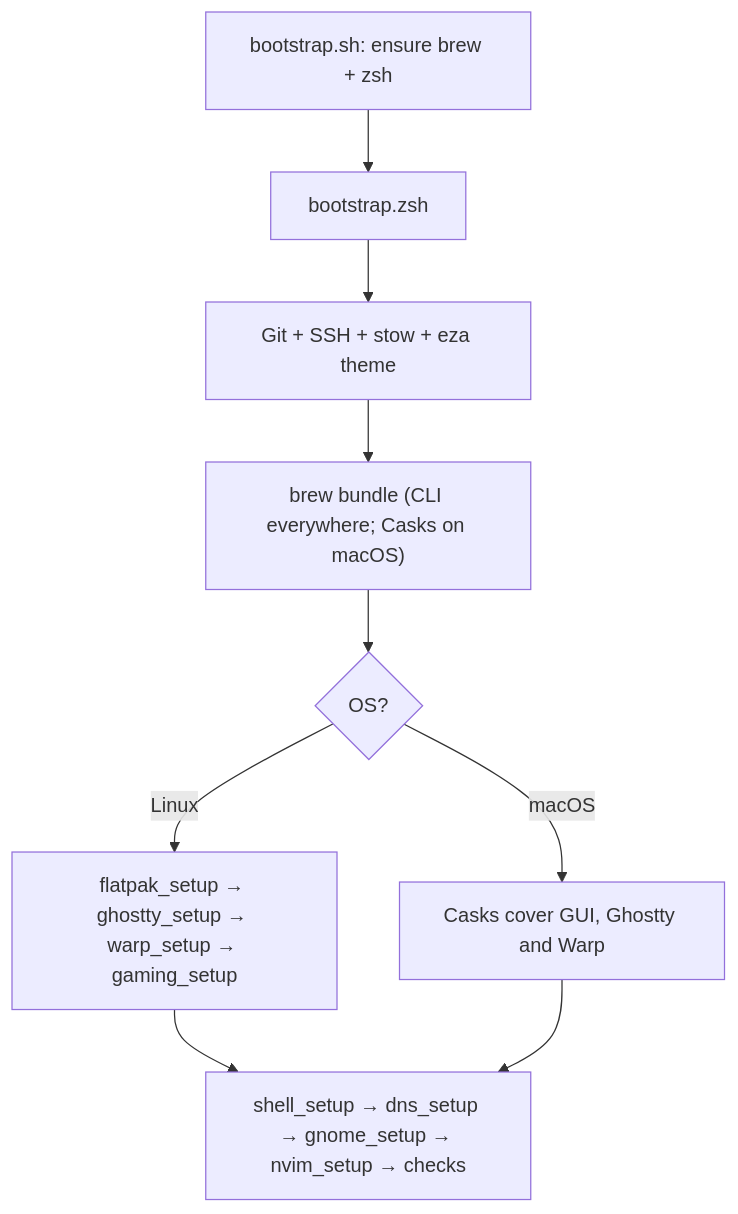
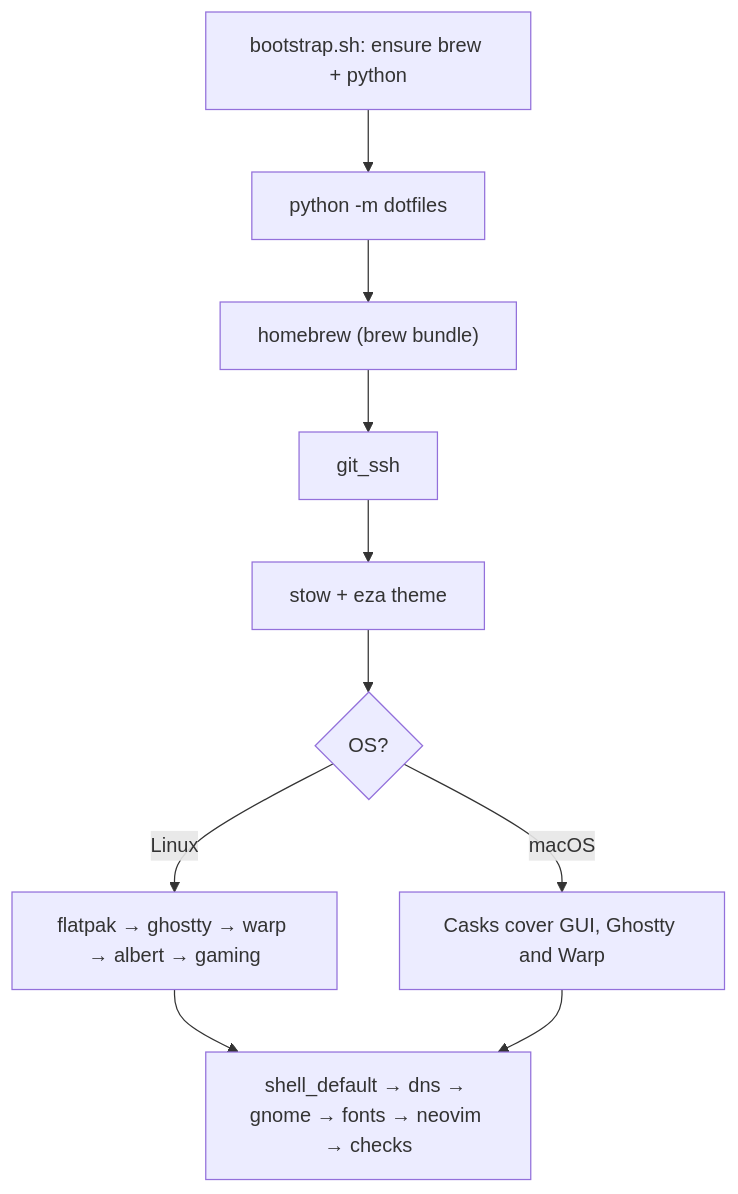
The diagram in readme.md (bourbonfgiles/dotfiles), drawn with Mermaid before and after one commit. The commit also changed other lines of this file and 48 other files, not shown here.

Commit message:
Convert bootstrap from zsh to a Python package

````diff
--- a/readme.md
+++ b/readme.md
@@ -51,11 +51,10 @@
 ```mermaid
 flowchart TD
-  S[bootstrap.sh: ensure brew + zsh] --> A[bootstrap.zsh]
-  A --> B[Git + SSH + stow + eza theme]
-  B --> C["brew bundle (CLI everywhere; Casks on macOS)"]
-  C --> D{OS?}
-  D -->|Linux| E[flatpak_setup → ghostty_setup → warp_setup → gaming_setup]
-  D -->|macOS| H[Casks cover GUI, Ghostty and Warp]
-  E --> Z[shell_setup → dns_setup → gnome_setup → nvim_setup → checks]
-  H --> Z
+  S[bootstrap.sh: ensure brew + python] --> M[python -m dotfiles]
+  M --> H["homebrew (brew bundle)"] --> G[git_ssh] --> ST[stow + eza theme]
+  ST --> D{OS?}
+  D -->|Linux| E[flatpak → ghostty → warp → albert → gaming]
+  D -->|macOS| X[Casks cover GUI, Ghostty and Warp]
+  E --> Z[shell_default → dns → gnome → fonts → neovim → checks]
+  X --> Z
 ```
````
